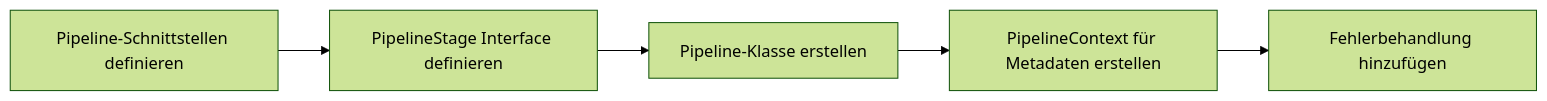
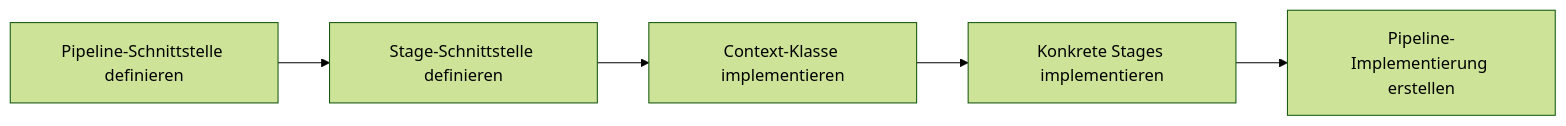
The second of 13 diagrams in Pipeline/docs/IMPLEMENTATION_GUIDE.md (scimbe/VS_Pattern_By_KI), drawn with Mermaid (forest theme) before and after one commit. The commit also changed other lines of this file and 19 other files, not shown here.

````diff
--- a/Pipeline/docs/IMPLEMENTATION_GUIDE.md
+++ b/Pipeline/docs/IMPLEMENTATION_GUIDE.md
@@ -38,7 +41,7 @@
 ```mermaid
 graph LR
-    A[Pipeline-Schnittstellen definieren] --> B[PipelineStage Interface definieren]
-    B --> C[Pipeline-Klasse erstellen]
-    C --> D[PipelineContext für Metadaten erstellen]
-    D --> E[Fehlerbehandlung hinzufügen]
+    A[Pipeline-Schnittstelle definieren] --> B[Stage-Schnittstelle definieren]
+    B --> C[Context-Klasse implementieren]
+    C --> D[Konkrete Stages implementieren]
+    D --> E[Pipeline-Implementierung erstellen]
 ```
````
